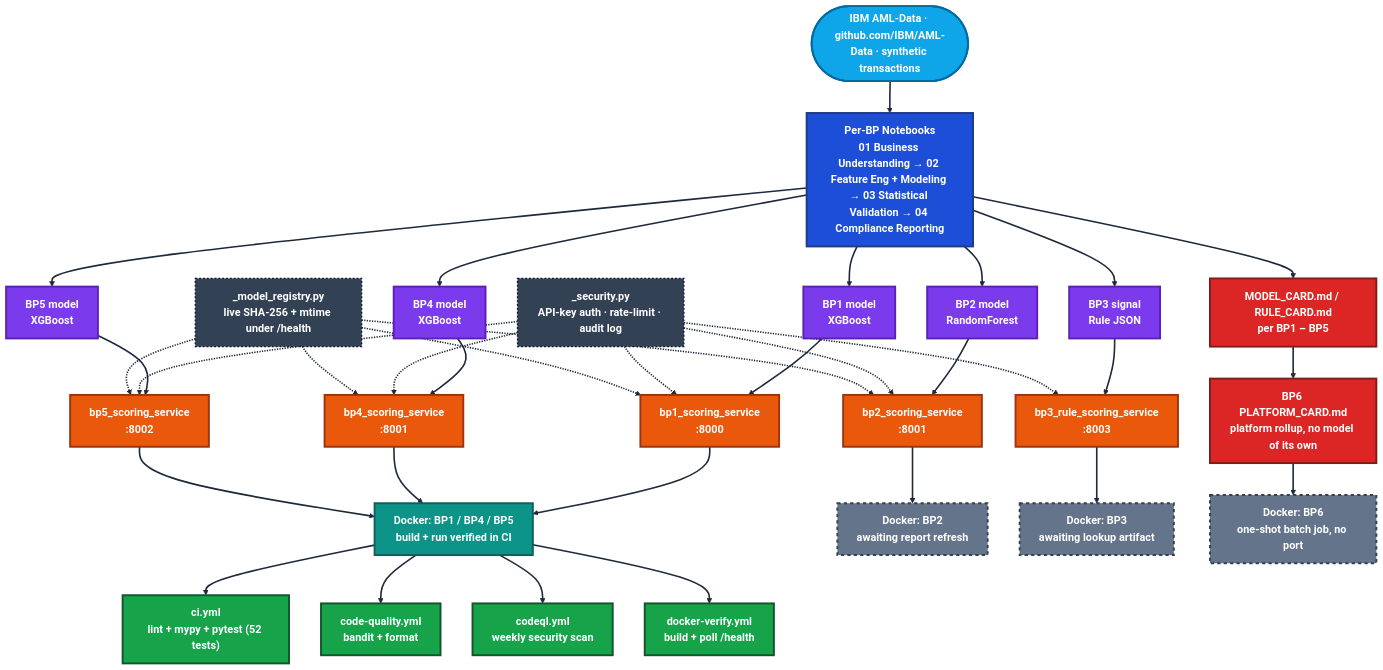
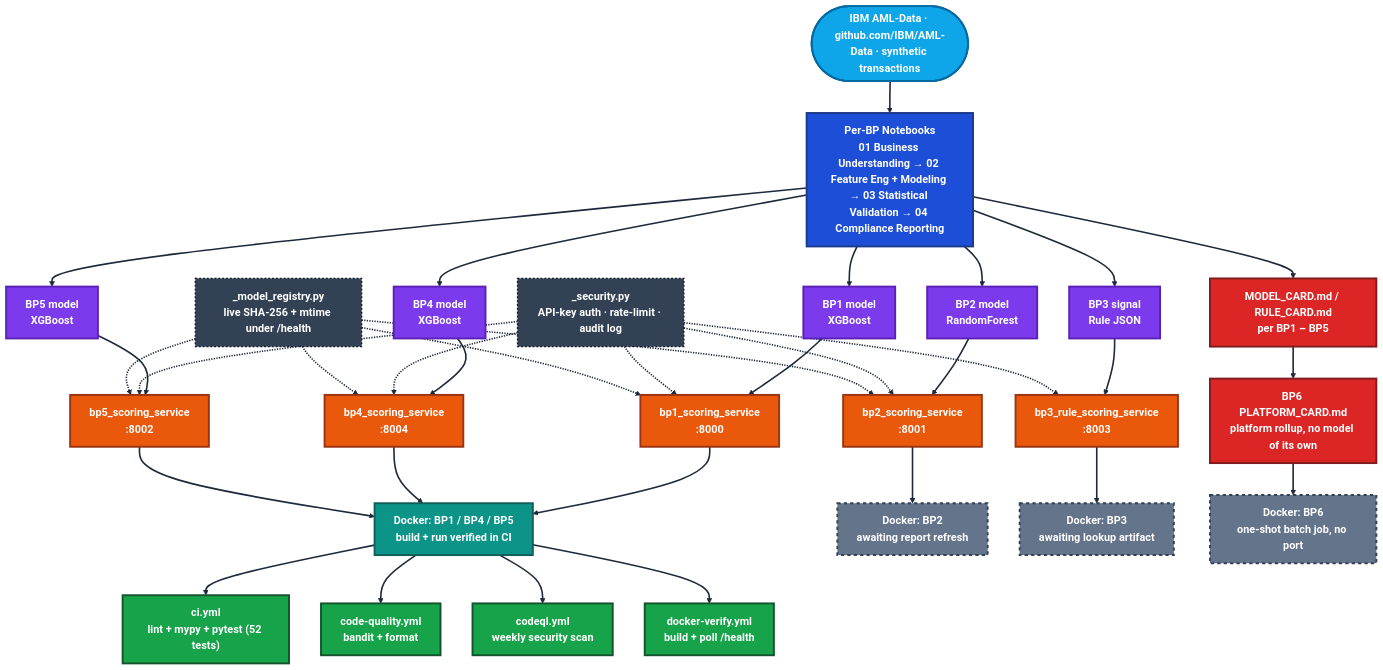
The diagram in README.md (rnanda19/IBM_AML_RiskIQ_Enterprise_Suite), drawn with Mermaid before and after one commit. The commit also changed 11 other files, not shown here.

````diff
--- a/README.md
+++ b/README.md
@@ -29,54 +29,54 @@
 ```mermaid
 %%{init: {"theme": "base", "themeVariables": {
   "primaryColor": "#1e293b",
   "primaryTextColor": "#ffffff",
   "primaryBorderColor": "#64748b",
   "lineColor": "#1e293b",
   "fontSize": "17px",
   "fontFamily": "Segoe UI, Helvetica, Arial, sans-serif"
 }}}%%
 flowchart TD
     SRC(["IBM AML-Data · github.com/IBM/AML-Data · synthetic transactions"]):::source
 
     SRC ==> NB["Per-BP Notebooks<br/>01 Business Understanding → 02 Feature Eng + Modeling → 03 Statistical Validation → 04 Compliance Reporting"]:::stage
 
     NB ==> M1["BP1 model<br/>XGBoost"]:::model
     NB ==> M2["BP2 model<br/>RandomForest"]:::model
     NB ==> M3["BP3 signal<br/>Rule JSON"]:::model
     NB ==> M4["BP4 model<br/>XGBoost"]:::model
     NB ==> M5["BP5 model<br/>XGBoost"]:::model
 
     M1 ==> S1["bp1_scoring_service<br/>:8000"]:::service
     M2 ==> S2["bp2_scoring_service<br/>:8001"]:::service
     M3 ==> S3["bp3_rule_scoring_service<br/>:8003"]:::service
-    M4 ==> S4["bp4_scoring_service<br/>:8001"]:::service
+    M4 ==> S4["bp4_scoring_service<br/>:8004"]:::service
     M5 ==> S5["bp5_scoring_service<br/>:8002"]:::service
 
     SEC["_security.py<br/>API-key auth · rate-limit · audit log"]:::infra -.-> S1 & S2 & S3 & S4 & S5
     REG["_model_registry.py<br/>live SHA-256 + mtime under /health"]:::infra -.-> S1 & S2 & S4 & S5
 
     S1 & S4 & S5 ==> DOK["Docker: BP1 / BP4 / BP5<br/>build + run verified in CI"]:::docker
     S2 ==> DOKB2["Docker: BP2<br/>awaiting report refresh"]:::dockerwarn
     S3 ==> DOKW["Docker: BP3<br/>awaiting lookup artifact"]:::dockerwarn
 
     DOK ==> CI1["ci.yml<br/>lint + mypy + pytest (52 tests)"]:::ci
     DOK ==> CI2["code-quality.yml<br/>bandit + format"]:::ci
     DOK ==> CI3["codeql.yml<br/>weekly security scan"]:::ci
     DOK ==> CI4["docker-verify.yml<br/>build + poll /health"]:::ci
 
     NB ==> R1["MODEL_CARD.md / RULE_CARD.md<br/>per BP1 – BP5"]:::report
     R1 ==> R2["BP6 PLATFORM_CARD.md<br/>platform rollup, no model of its own"]:::report
     R2 ==> DOKB["Docker: BP6<br/>one-shot batch job, no port"]:::dockerwarn
 
     classDef source fill:#0ea5e9,stroke:#0369a1,color:#ffffff,stroke-width:3px,font-weight:bold
     classDef stage fill:#1d4ed8,stroke:#1e3a8a,color:#ffffff,stroke-width:3px,font-weight:bold
     classDef model fill:#7c3aed,stroke:#5b21b6,color:#ffffff,stroke-width:3px,font-weight:bold
     classDef service fill:#ea580c,stroke:#9a3412,color:#ffffff,stroke-width:3px,font-weight:bold
     classDef infra fill:#334155,stroke:#0f172a,color:#ffffff,stroke-width:2px,font-weight:bold,stroke-dasharray: 3 3
     classDef docker fill:#0d9488,stroke:#115e59,color:#ffffff,stroke-width:3px,font-weight:bold
     classDef dockerwarn fill:#64748b,stroke:#334155,color:#ffffff,stroke-width:3px,font-weight:bold,stroke-dasharray: 5 5
     classDef ci fill:#16a34a,stroke:#14532d,color:#ffffff,stroke-width:3px,font-weight:bold
     classDef report fill:#dc2626,stroke:#7f1d1d,color:#ffffff,stroke-width:3px,font-weight:bold
 
     linkStyle default stroke:#1e293b,stroke-width:2.5px
 ```
````
